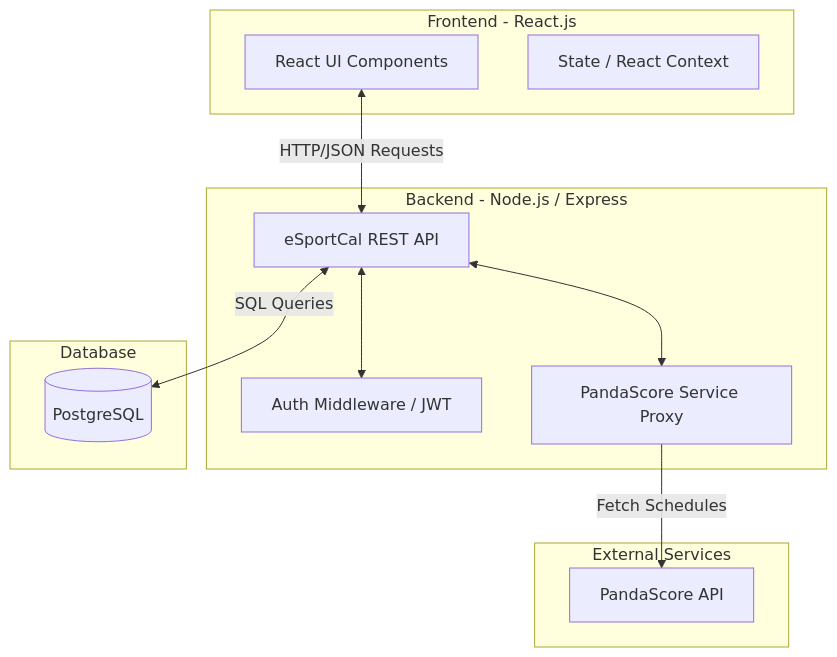
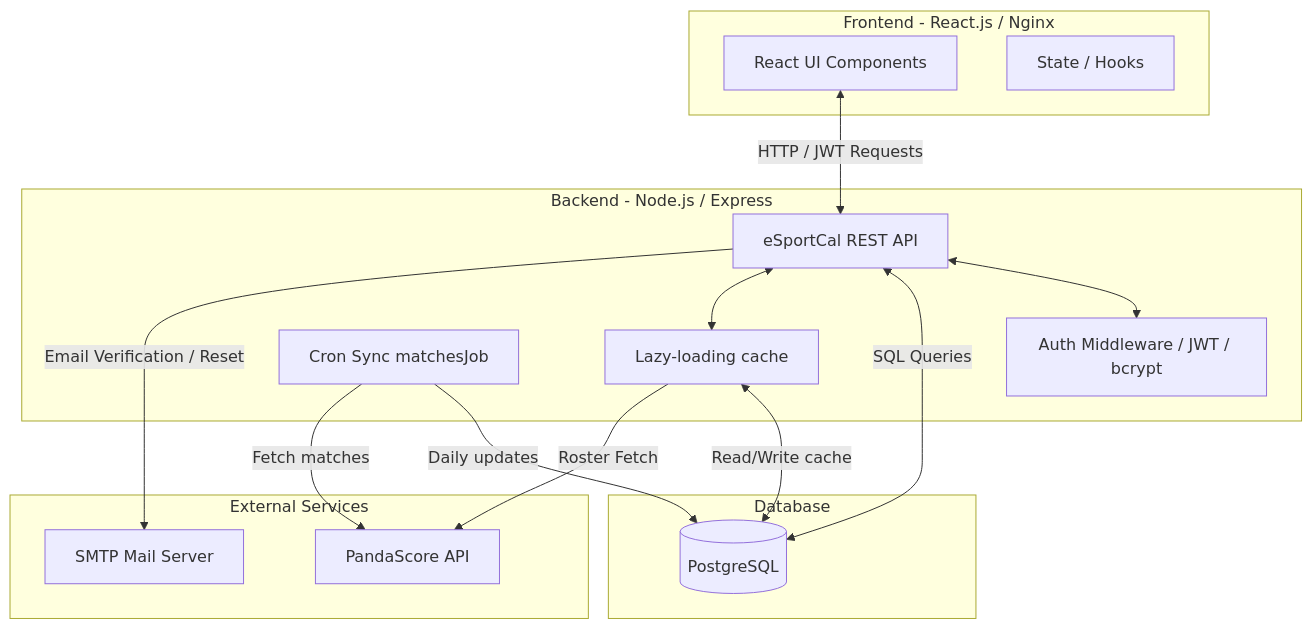
The first of 2 diagrams in README.md (add1ktion/eSportCal), drawn with Mermaid before and after one commit. The commit also changed other lines of this file and 2 other files, not shown here.

Commit message:
docs: generate sprint logs based on git history, add technical review guide, and update README ERD

````diff
--- a/README.md
+++ b/README.md
@@ -36,27 +36,33 @@
 ```mermaid
 graph TD
-    subgraph Client [Frontend - React.js]
+    subgraph Client [Frontend - React.js / Nginx]
         UI[React UI Components]
-        State[State / React Context]
+        State[State / Hooks]
     end
 
     subgraph Server [Backend - Node.js / Express]
         API[eSportCal REST API]
-        Auth[Auth Middleware / JWT]
-        DataFetcher[PandaScore Service Proxy]
+        Auth[Auth Middleware / JWT / bcrypt]
+        Sync[Cron Sync matchesJob]
+        CacheManager[Lazy-loading cache]
     end
 
     subgraph Persistence [Database]
         DB[(PostgreSQL)]
     end
 
     subgraph External [External Services]
         PandaScore[PandaScore API]
+        SMTP[SMTP Mail Server]
     end
 
-    UI <-->|HTTP/JSON Requests| API
+    UI <-->|HTTP / JWT Requests| API
     API <--> Auth
     API <-->|SQL Queries| DB
-    DataFetcher -->|Fetch Schedules| PandaScore
-    API <--> DataFetcher
+    Sync -->|Daily updates| DB
+    Sync -->|Fetch matches| PandaScore
+    CacheManager <-->|Read/Write cache| DB
+    CacheManager -->|Roster Fetch| PandaScore
+    API <--> CacheManager
+    API -->|Email Verification / Reset| SMTP
 ```
````
